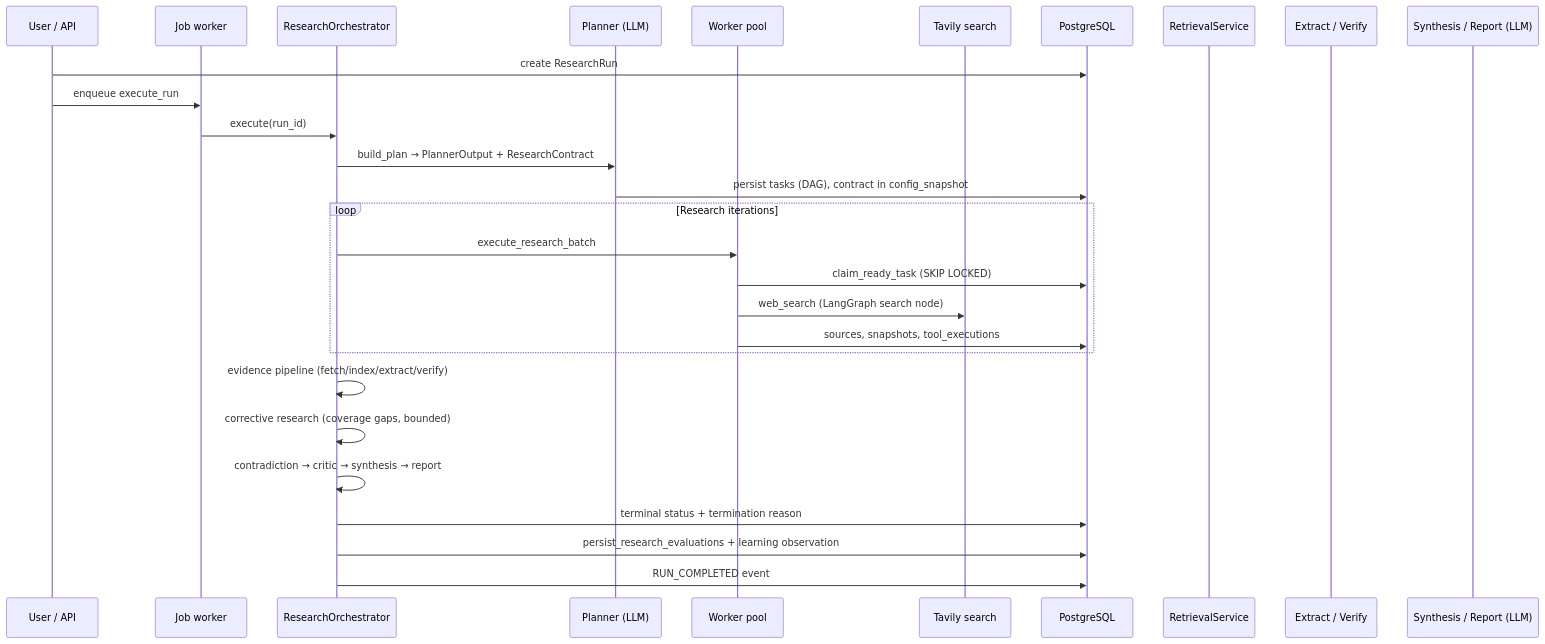
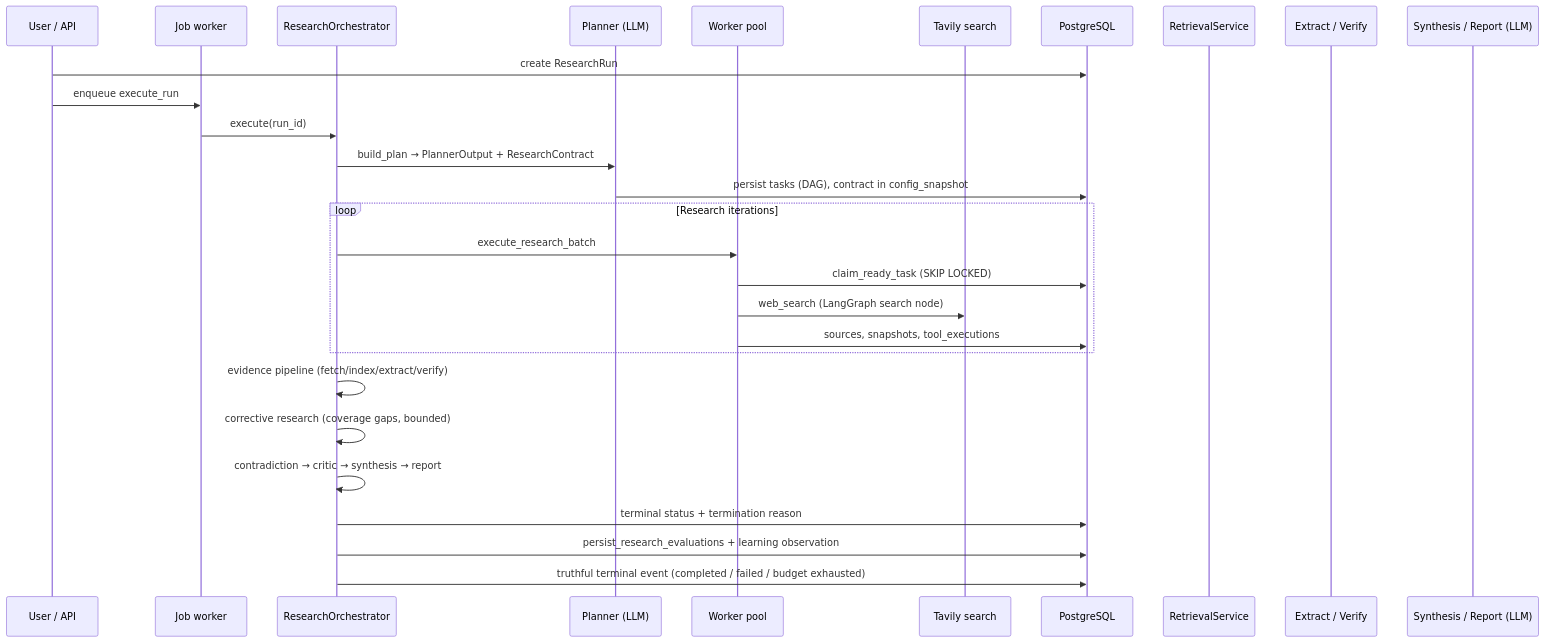
The first of 2 diagrams in docs/agent-runtime.md (AIEngineer0923/DeepScout), drawn with Mermaid before and after one commit. The commit also changed other lines of this file and 78 other files, not shown here.

````diff
--- a/docs/agent-runtime.md
+++ b/docs/agent-runtime.md
@@ -20,31 +20,31 @@
 ```mermaid
 sequenceDiagram
   participant U as User / API
   participant J as Job worker
   participant O as ResearchOrchestrator
   participant P as Planner (LLM)
   participant W as Worker pool
   participant S as Tavily search
   participant DB as PostgreSQL
   participant R as RetrievalService
   participant E as Extract / Verify
   participant Y as Synthesis / Report (LLM)
 
   U->>DB: create ResearchRun
   U->>J: enqueue execute_run
   J->>O: execute(run_id)
   O->>P: build_plan → PlannerOutput + ResearchContract
   P->>DB: persist tasks (DAG), contract in config_snapshot
   loop Research iterations
     O->>W: execute_research_batch
     W->>DB: claim_ready_task (SKIP LOCKED)
     W->>S: web_search (LangGraph search node)
     W->>DB: sources, snapshots, tool_executions
   end
   O->>O: evidence pipeline (fetch/index/extract/verify)
   O->>O: corrective research (coverage gaps, bounded)
   O->>O: contradiction → critic → synthesis → report
   O->>DB: terminal status + termination reason
   O->>DB: persist_research_evaluations + learning observation
-  O->>DB: RUN_COMPLETED event
+  O->>DB: truthful terminal event (completed / failed / budget exhausted)
 ```
````
